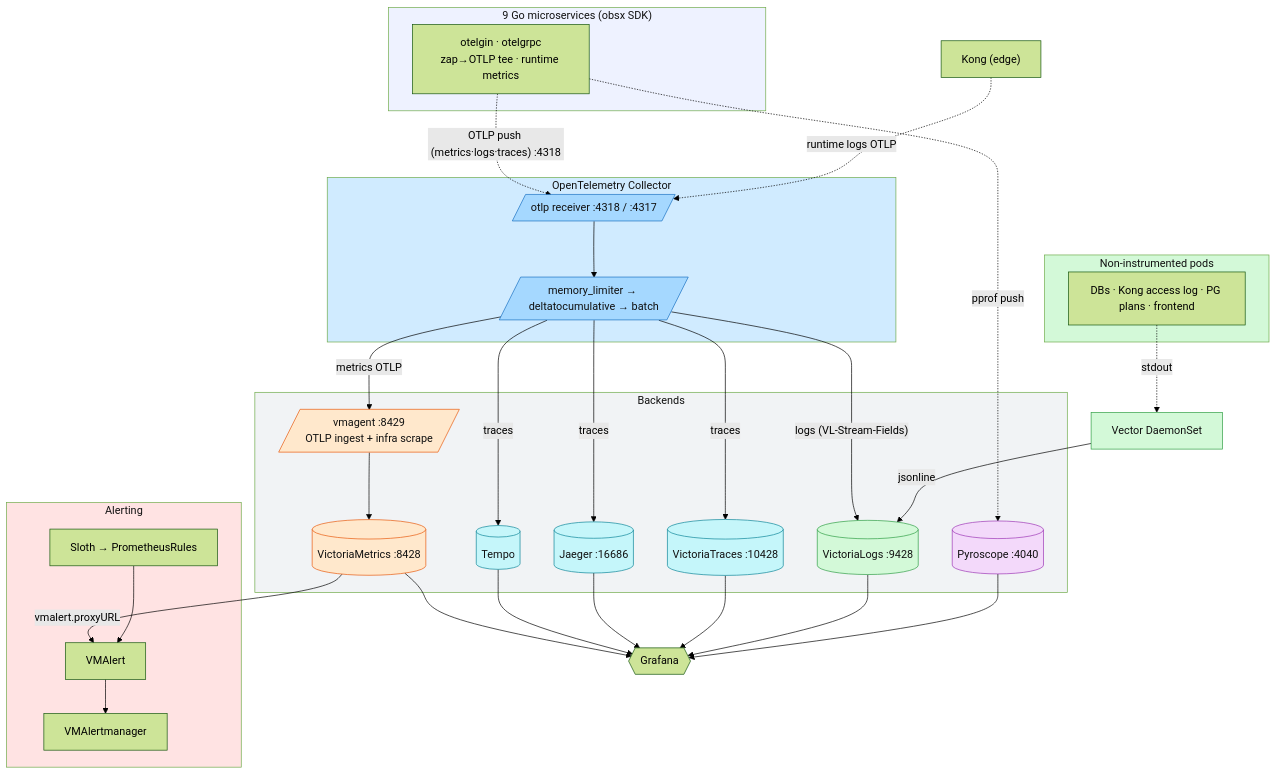
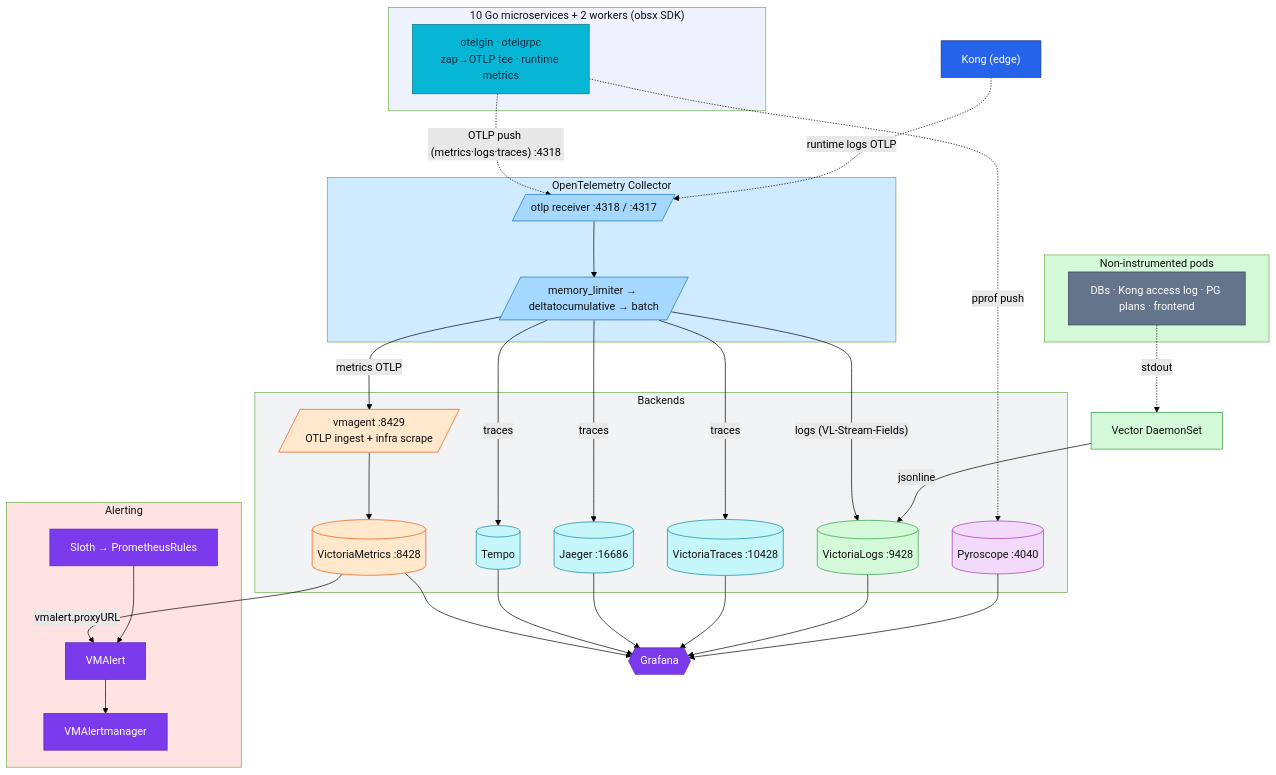
Before and after one commit to duynhlab/homelab: the first of 5 diagrams in docs/observability/README.md, drawn with Mermaid (forest theme). The commit also changed other lines of this file and 15 other files, not shown here.

First line of the commit message:
Improve API architecture diagrams (#513)

````diff
--- a/docs/observability/README.md
+++ b/docs/observability/README.md
@@ -14,73 +17,81 @@
 ```mermaid
 flowchart TB
-    subgraph apps["9 Go microservices (obsx SDK)"]
+    subgraph apps["10 Go microservices + 2 workers (obsx SDK)"]
         SVC["otelgin · otelgrpc<br/>zap→OTLP tee · runtime metrics"]
     end
     subgraph infra["Non-instrumented pods"]
         INF["DBs · Kong access log · PG plans · frontend"]
     end
 
     subgraph col["OpenTelemetry Collector"]
         RCV[/"otlp receiver :4318 / :4317"/]
         PROC[/"memory_limiter → deltatocumulative → batch"/]
         RCV --> PROC
     end
 
     VEC["Vector DaemonSet"]
 
     subgraph be["Backends"]
         VMAgent[/"vmagent :8429<br/>OTLP ingest + infra scrape"/]
         VMSingle[("VictoriaMetrics :8428")]
         Tempo[("Tempo")]
         Jaeger[("Jaeger :16686")]
         VT[("VictoriaTraces :10428")]
         VLogs[("VictoriaLogs :9428")]
         Pyro[("Pyroscope :4040")]
     end
 
     subgraph alert["Alerting"]
         VMAlert["VMAlert"]
         VMAM["VMAlertmanager"]
         Sloth["Sloth → PrometheusRules"]
     end
 
     Grafana{{"Grafana"}}
 
     SVC -.->|"OTLP push (metrics·logs·traces) :4318"| RCV
     SVC -.->|"pprof push"| Pyro
     INF -.->|"stdout"| VEC
     Kong["Kong (edge)"] -.->|"runtime logs OTLP"| RCV
 
     PROC -->|"metrics OTLP"| VMAgent --> VMSingle
     PROC -->|"traces"| Tempo
     PROC -->|"traces"| Jaeger
     PROC -->|"traces"| VT
     PROC -->|"logs (VL-Stream-Fields)"| VLogs
     VEC -->|"jsonline"| VLogs
 
     VMSingle --> Grafana
     Tempo --> Grafana
     Jaeger --> Grafana
     VT --> Grafana
     VLogs --> Grafana
     Pyro --> Grafana
 
     VMSingle -->|"vmalert.proxyURL"| VMAlert --> VMAM
     Sloth --> VMAlert
 
     classDef metric fill:#ffe8cc,stroke:#e8590c,color:#111;
     classDef log fill:#d3f9d8,stroke:#2f9e44,color:#111;
     classDef trace fill:#c5f6fa,stroke:#0c8599,color:#111;
     classDef profile fill:#f3d9fa,stroke:#9c36b5,color:#111;
     classDef otc fill:#a5d8ff,stroke:#1971c2,color:#111;
+    classDef app fill:#06b6d4,color:#082f49,stroke:#0e7490;
+    classDef edge fill:#2563eb,color:#fff,stroke:#1e3a8a;
+    classDef platform fill:#7c3aed,color:#fff,stroke:#5b21b6;
+    classDef external fill:#64748b,color:#fff,stroke:#334155;
     class RCV,PROC otc;
     class VMSingle,VMAgent metric;
     class VLogs,VEC log;
     class Tempo,Jaeger,VT trace;
     class Pyro profile;
+    class SVC app;
+    class Kong edge;
+    class Grafana,VMAlert,VMAM,Sloth platform;
+    class INF external;
     style apps fill:#eef2ff,color:#111;
     style infra fill:#d3f9d8,color:#111;
     style col fill:#d0ebff,color:#111;
     style be fill:#f1f3f5,color:#111;
     style alert fill:#ffe3e3,color:#111;
 ```
````
